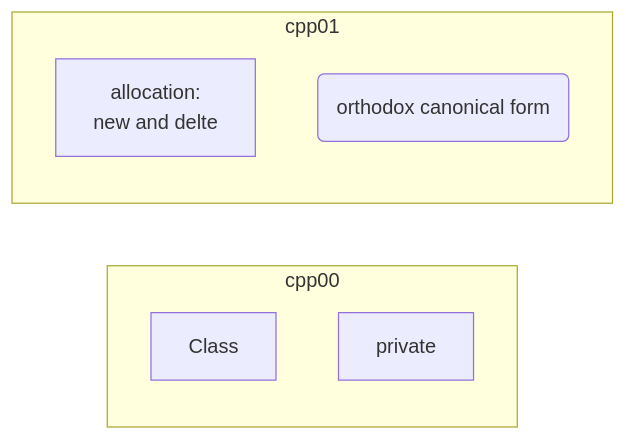
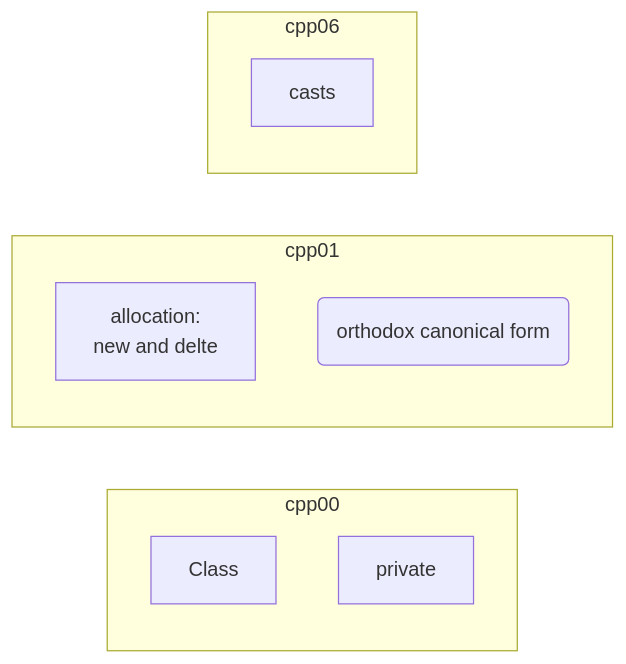
One commit to teateecha/cpp_modules changed the diagram in README.md. Above: the diagram before and after it, drawn with Mermaid.

Commit message:
EDIT README add cpp06 to mermaid

````diff
--- a/README.md
+++ b/README.md
@@ -3,14 +3,17 @@
 ```mermaid
 	flowchart LR
 		subgraph "cpp00"
 			Class
       private
 		end
 		subgraph cpp01
 			all["allocation:
 			new and delte"]
 		end
     subgraph cpp01
       form("orthodox canonical form")
     end
+	subgraph cpp06
+		casts
+	end
 ```
````
